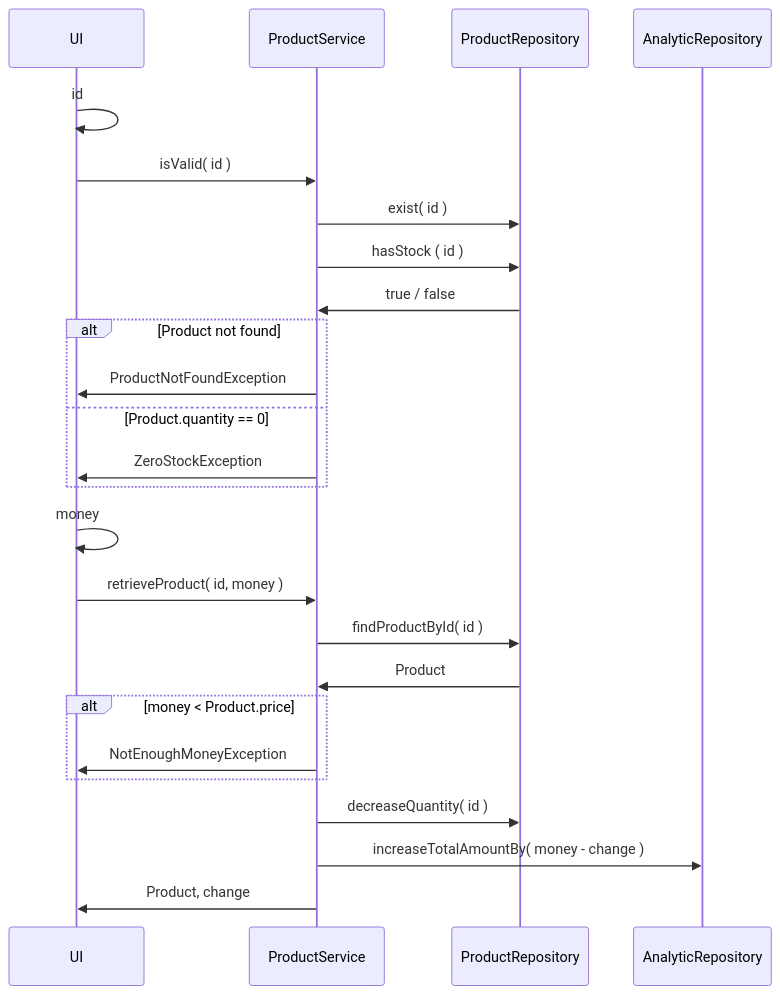
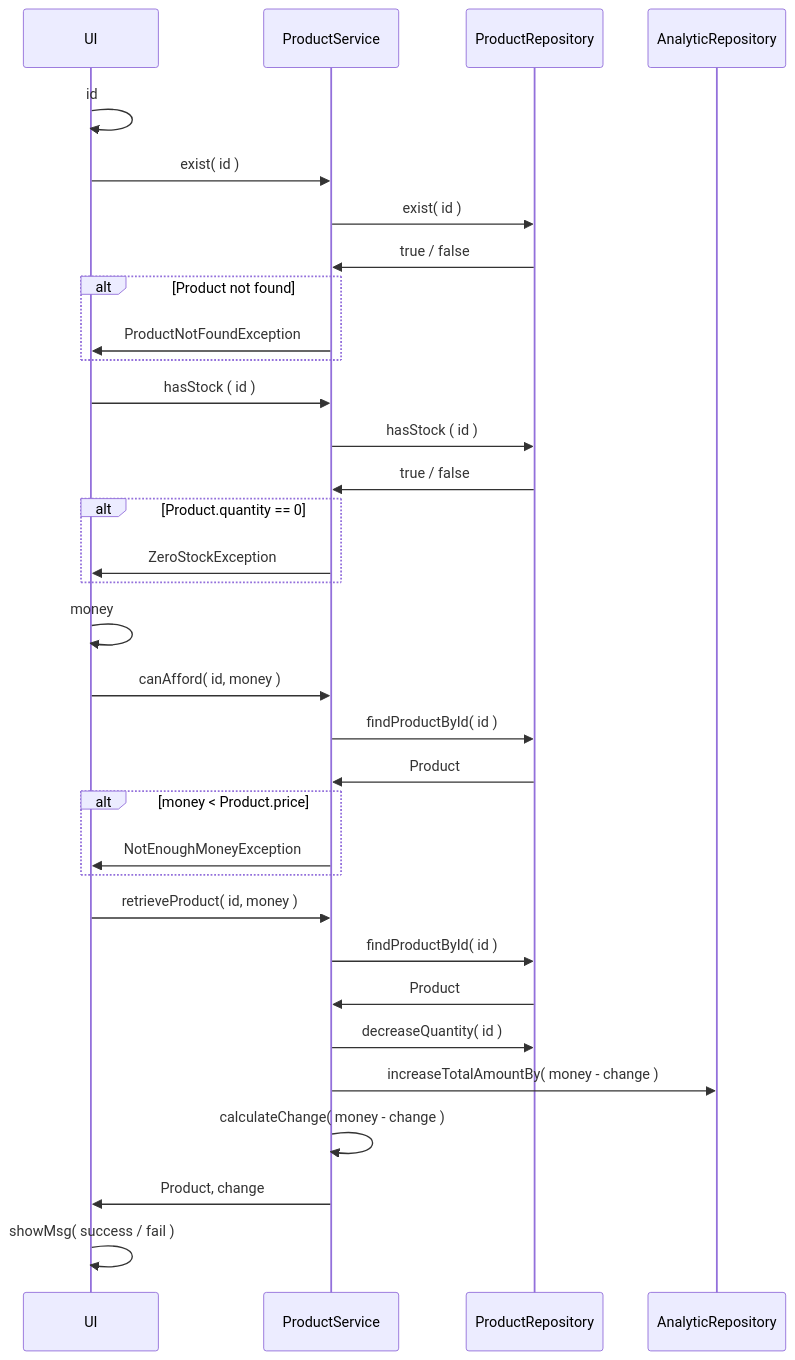
The third of 5 diagrams in README.md (Apameus/Vending_Machine), drawn with Mermaid before and after one commit.

Commit message:
refactor Retrieve product

````diff
--- a/README.md
+++ b/README.md
@@ -63,29 +63,41 @@
 ```mermaid
 sequenceDiagram
 participant UI
 participant PS as ProductService
 participant PR as ProductRepository
 participant AR as AnalyticRepository
 
 UI ->> UI: id
-        UI ->> PS: isValid( id )
+        UI ->> PS: exist( id )
     PS ->> PR: exist( id )
-        PS ->> PR: hasStock ( id )
-        PR ->> PS: true / false
+    PR ->> PS: true / false
     alt Product not found
         PS ->> UI: ProductNotFoundException
-    else Product.quantity == 0
+    end
+
+    UI ->> PS: hasStock ( id )
+    PS ->> PR: hasStock ( id )
+
+    PR ->> PS: true / false
+    alt Product.quantity == 0
         PS ->> UI: ZeroStockException
     end
     UI ->> UI: money
+
+    UI ->> PS: canAfford( id, money )
+    PS ->> PR: findProductById( id )
+    PR ->> PS: Product
+
+    alt money < Product.price
+        PS ->> UI: NotEnoughMoneyException
+    end
     UI ->> PS: retrieveProduct( id, money )
     PS ->> PR: findProductById( id )
     PR ->> PS: Product
-    alt money < Product.price
-        PS ->> UI: NotEnoughMoneyException
-    end
 
     PS ->> PR: decreaseQuantity( id )
 PS ->> AR: increaseTotalAmountBy( money - change )
+PS ->> PS: calculateChange( money - change )
 PS ->> UI: Product, change
+UI ->> UI: showMsg( success / fail )   
 ```
````
